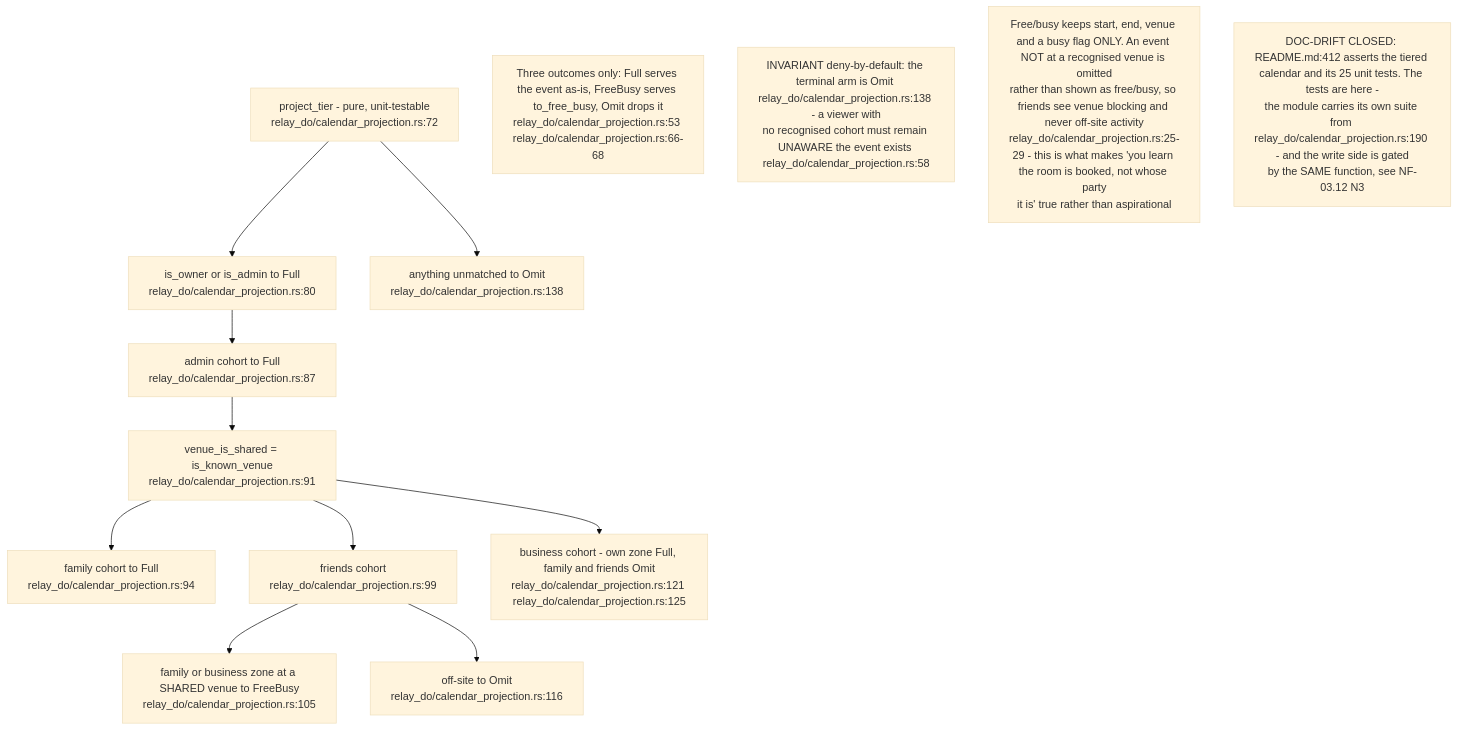
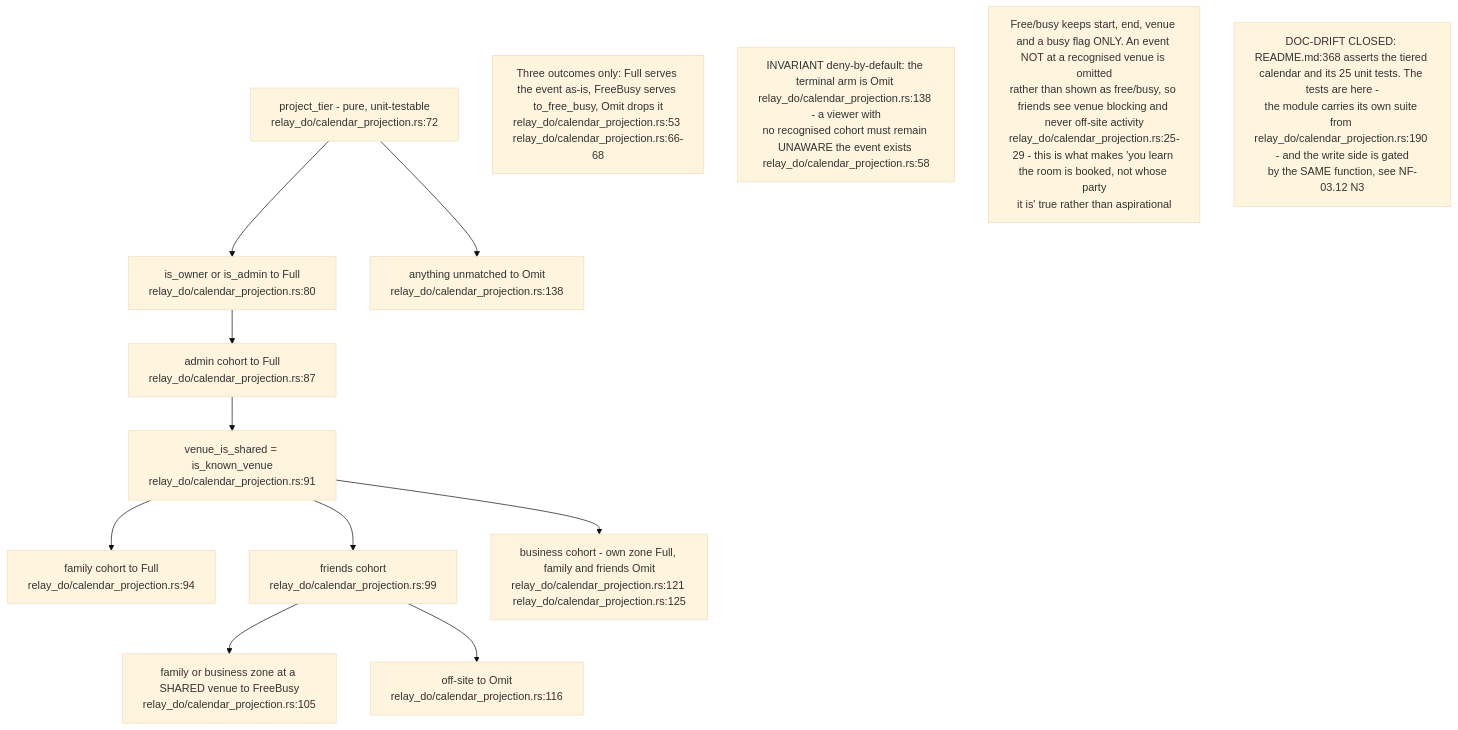
Before and after one commit to DreamLab-AI/VisionFlow: the seventh of 16 diagrams in docs/diagrams/nostr-rust-forum/11-relay-durable-object-internals.md, drawn with Mermaid (base theme). The commit also changed other lines of this file and 136 other files, not shown here.

First line of the commit message:
docs(diagrams): refresh the whole corpus to code HEAD and prune low-value diagrams

````diff
--- a/docs/diagrams/nostr-rust-forum/11-relay-durable-object-internals.md
+++ b/docs/diagrams/nostr-rust-forum/11-relay-durable-object-internals.md
@@ -226,23 +215,23 @@
 ```mermaid
 flowchart TB
     PT["project_tier - pure, unit-testable<br/>relay_do/calendar_projection.rs:72"]
     OWN["is_owner or is_admin to Full<br/>relay_do/calendar_projection.rs:80"]
     CADM["admin cohort to Full<br/>relay_do/calendar_projection.rs:87"]
     VEN["venue_is_shared = is_known_venue<br/>relay_do/calendar_projection.rs:91"]
     FAM["family cohort to Full<br/>relay_do/calendar_projection.rs:94"]
     FRI["friends cohort<br/>relay_do/calendar_projection.rs:99"]
     FRIV["family or business zone at a SHARED venue to FreeBusy<br/>relay_do/calendar_projection.rs:105"]
     FRIO["off-site to Omit<br/>relay_do/calendar_projection.rs:116"]
     BUS["business cohort - own zone Full, family and friends Omit<br/>relay_do/calendar_projection.rs:121 relay_do/calendar_projection.rs:125"]
     DEF["anything unmatched to Omit<br/>relay_do/calendar_projection.rs:138"]
 
     PT --> OWN --> CADM --> VEN
     VEN --> FAM & FRI & BUS
     FRI --> FRIV & FRIO
     PT --> DEF
 
     N1["Three outcomes only: Full serves the event as-is, FreeBusy serves to_free_busy, Omit drops it<br/>relay_do/calendar_projection.rs:53 relay_do/calendar_projection.rs:66-68"]
     N2["INVARIANT deny-by-default: the terminal arm is Omit relay_do/calendar_projection.rs:138 - a viewer with<br/>no recognised cohort must remain UNAWARE the event exists relay_do/calendar_projection.rs:58"]
     N3["Free/busy keeps start, end, venue and a busy flag ONLY. An event NOT at a recognised venue is omitted<br/>rather than shown as free/busy, so friends see venue blocking and never off-site activity<br/>relay_do/calendar_projection.rs:25-29 - this is what makes 'you learn the room is booked, not whose party<br/>it is' true rather than aspirational"]
-    N4["DOC-DRIFT CLOSED: README.md:412 asserts the tiered calendar and its 25 unit tests. The tests are here -<br/>the module carries its own suite from relay_do/calendar_projection.rs:190 - and the write side is gated<br/>by the SAME function, see NF-03.12 N3"]
+    N4["DOC-DRIFT CLOSED: README.md:368 asserts the tiered calendar and its 25 unit tests. The tests are here -<br/>the module carries its own suite from relay_do/calendar_projection.rs:190 - and the write side is gated<br/>by the SAME function, see NF-03.12 N3"]
 ```
````
